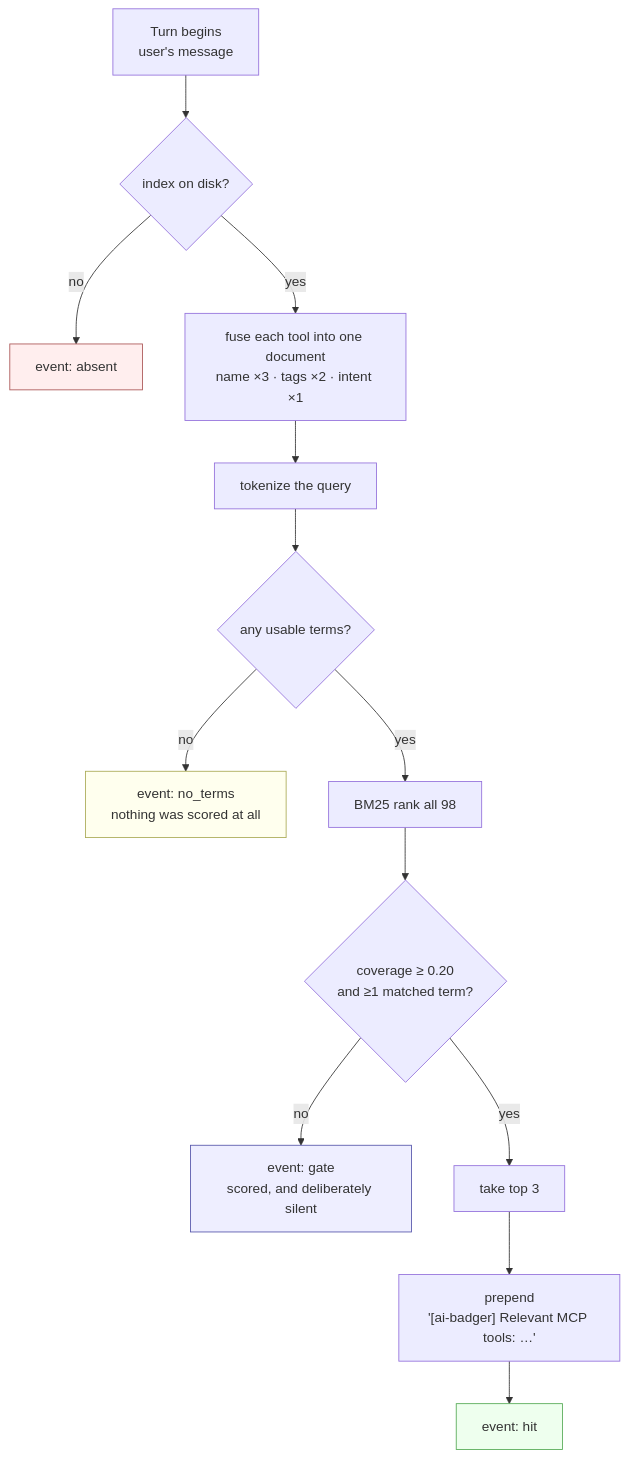
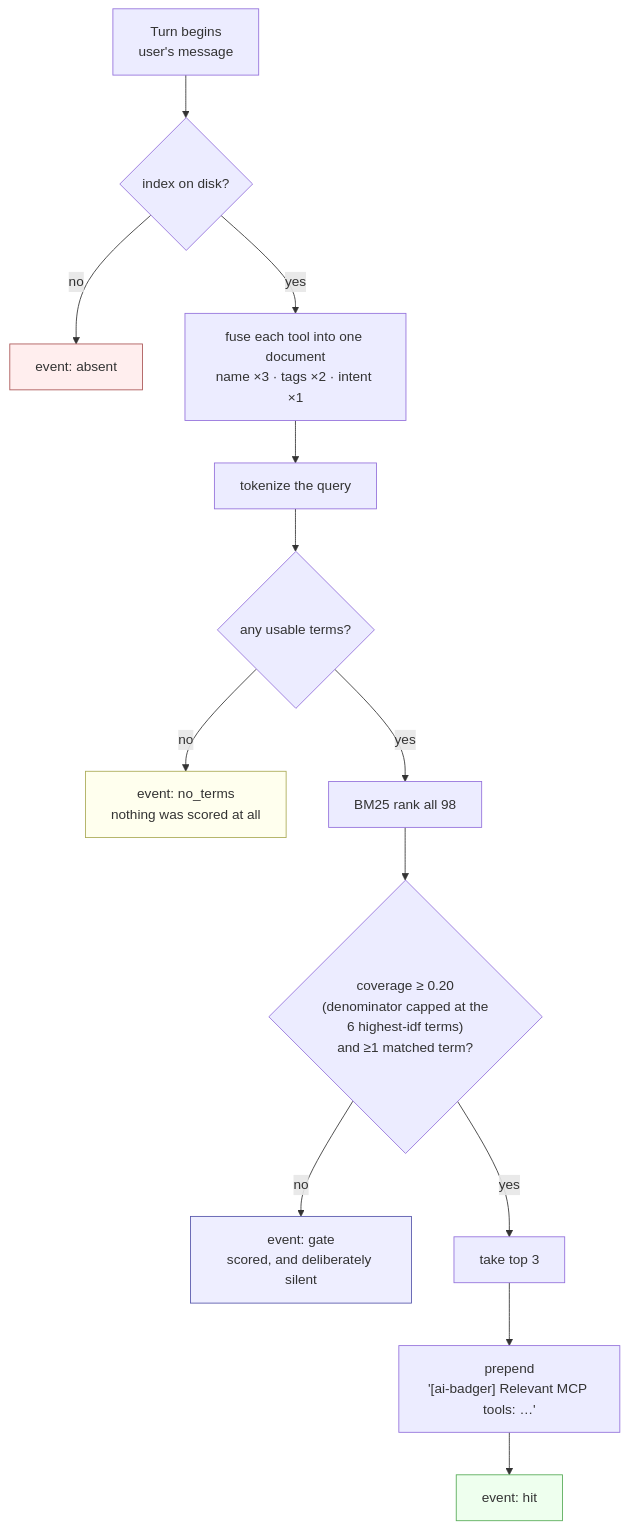
The second of 3 diagrams in docs/retrieval.md (Arasz/ai-badger), drawn with Mermaid before and after one commit. The commit also changed other lines of this file and 2 other files, not shown here.

First line of the commit message:
docs: the coverage gate's denominator, and why 0.20 survived it (#165)

````diff
--- a/docs/retrieval.md
+++ b/docs/retrieval.md
@@ -101,20 +101,20 @@
 ```mermaid
 flowchart TD
     A["Turn begins<br/>user's message"] --> B{"index on disk?"}
     B -- no --> E1["event: absent"]
     B -- yes --> F["fuse each tool into one document<br/>name ×3 · tags ×2 · intent ×1"]
     F --> C["tokenize the query"]
     C --> D{"any usable terms?"}
     D -- no --> E2["event: no_terms<br/>nothing was scored at all"]
     D -- yes --> G["BM25 rank all 98"]
-    G --> H{"coverage ≥ 0.20<br/>and ≥1 matched term?"}
+    G --> H{"coverage ≥ 0.20<br/>(denominator capped at the<br/>6 highest-idf terms)<br/>and ≥1 matched term?"}
     H -- no --> E3["event: gate<br/>scored, and deliberately silent"]
     H -- yes --> I["take top 3"]
     I --> J["prepend<br/>'[ai-badger] Relevant MCP tools: …'"]
     J --> E4["event: hit"]
 
     style E1 fill:#fee,stroke:#a55
     style E2 fill:#ffe,stroke:#aa5
     style E3 fill:#eef,stroke:#55a
     style E4 fill:#efe,stroke:#5a5
 ```
````
